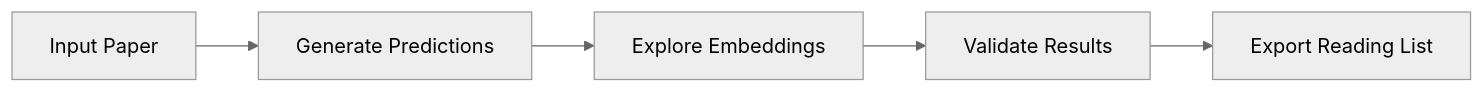
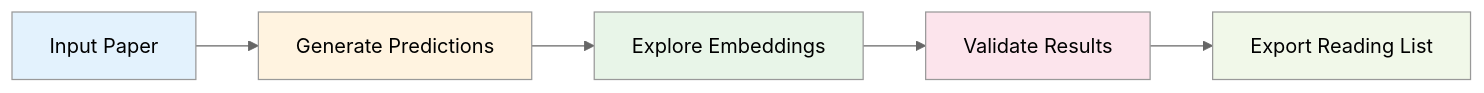
The first of 3 diagrams in docs/user-guide/overview.md (dagny099/citation-compass), drawn with Mermaid (neutral theme) before and after one commit. The commit also changed other lines of this file and 3 other files, not shown here.

````diff
--- a/docs/user-guide/overview.md
+++ b/docs/user-guide/overview.md
@@ -115,7 +112,13 @@
 ```mermaid
 flowchart LR
     A[Input Paper] --> B[Generate Predictions]
     B --> C[Explore Embeddings]
     C --> D[Validate Results]
     D --> E[Export Reading List]
+
+    style A fill:#e3f2fd
+    style B fill:#fff3e0
+    style C fill:#e8f5e8
+    style D fill:#fce4ec
+    style E fill:#f1f8e9
 ```
````
